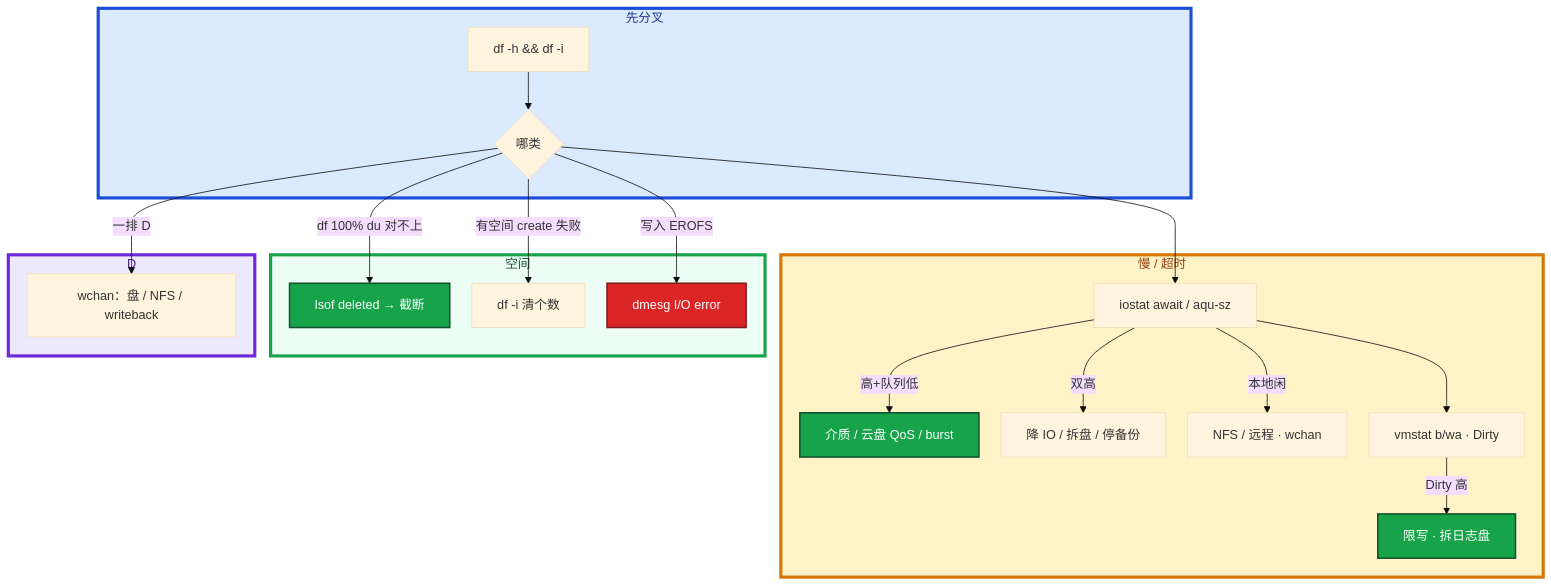
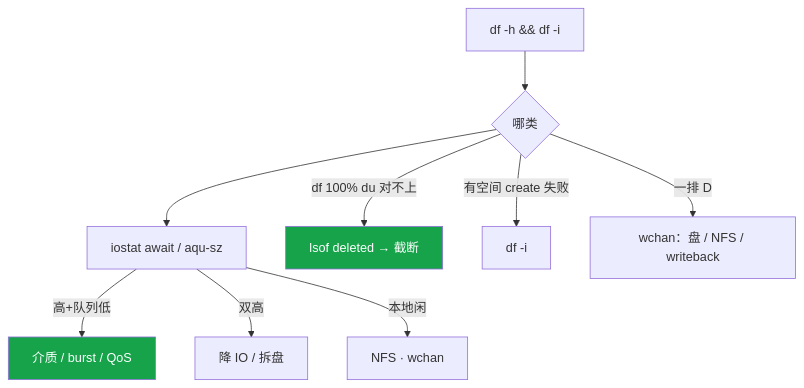
The sixth of 6 diagrams in 02-基础底座/05-磁盘与IO/知识点.md (ml-cuizijun/LearnToLilith), drawn with Mermaid before and after one commit. The commit also changed other lines of this file and 213 other files, not shown here.

````diff
--- a/02-基础底座/05-磁盘与IO/知识点.md
+++ b/02-基础底座/05-磁盘与IO/知识点.md
@@ -410,36 +352,14 @@
 ```mermaid
-%%{init: {"flowchart": {"padding": 16, "nodeSpacing": 28, "rankSpacing": 48}, "theme": "base"}}%%
 flowchart TB
-    subgraph gate ["先分叉"]
-        A["df -h && df -i"] --> B{哪类}
-    end
+    A["df -h && df -i"] --> B{哪类}
+    B --> C[iostat await / aqu-sz]
+    C -->|高+队列低| D[介质 / burst / QoS]
+    C -->|双高| E[降 IO / 拆盘]
+    C -->|本地闲| F[NFS · wchan]
+    B -->|df 100% du 对不上| G[lsof deleted → 截断]
+    B -->|有空间 create 失败| H[df -i]
+    B -->|一排 D| I[wchan：盘 / NFS / writeback]
 
-    subgraph slow ["慢 / 超时"]
-        B --> C[iostat await / aqu-sz]
-        C -->|高+队列低| D[介质 / 云盘 QoS / burst]
-        C -->|双高| E[降 IO / 拆盘 / 停备份]
-        C -->|本地闲| F[NFS / 远程 · wchan]
-        C --> G[vmstat b/wa · Dirty]
-        G -->|Dirty 高| H[限写 · 拆日志盘]
-    end
-
-    subgraph space ["空间"]
-        B -->|df 100% du 对不上| I[lsof deleted → 截断]
-        B -->|有空间 create 失败| J[df -i 清个数]
-        B -->|写入 EROFS| K[dmesg I/O error]
-    end
-
-    subgraph dstat ["D"]
-        B -->|一排 D| L[wchan：盘 / NFS / writeback]
-    end
-
-    classDef bad fill:#DC2626,stroke:#7F1D1D,stroke-width:2px,color:#fff
-    classDef ok fill:#16A34A,stroke:#14532D,stroke-width:2px,color:#fff
-    class D,H,I ok
-    class K bad
-
-    style gate fill:#DBEAFE,stroke:#1D4ED8,stroke-width:4px,color:#1E3A8A
-    style slow fill:#FEF3C7,stroke:#D97706,stroke-width:4px,color:#92400E
-    style space fill:#ECFDF5,stroke:#16A34A,stroke-width:4px,color:#14532D
-    style dstat fill:#EDE9FE,stroke:#6D28D9,stroke-width:4px,color:#4C1D95
+    classDef ok fill:#16A34A,color:#fff
+    class D,G ok
 ```
````
